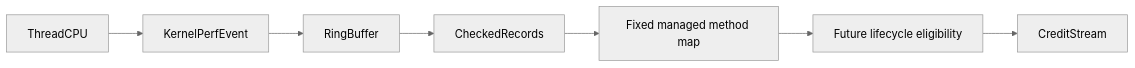
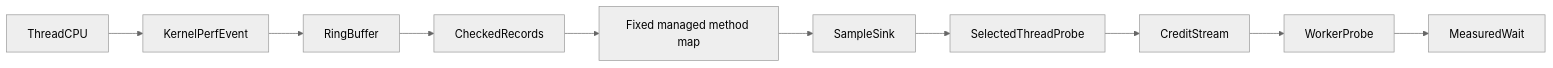
One commit to TheAngryByrd/CozNet changed the diagram in lode/profiling/linux-perf.md. Above: the diagram before and after it, drawn with Mermaid (neutral theme). The commit also changed other lines of this file and 14 other files, not shown here.

````diff
--- a/lode/profiling/linux-perf.md
+++ b/lode/profiling/linux-perf.md
@@ -32,7 +33,7 @@
 ```mermaid
 flowchart LR
     ThreadCPU --> KernelPerfEvent --> RingBuffer --> CheckedRecords
     CheckedRecords --> InstructionMap[Fixed managed method map]
-    InstructionMap --> FutureEligibility[Future lifecycle eligibility]
-    FutureEligibility --> CreditStream
+    InstructionMap --> SampleSink --> SelectedThreadProbe --> CreditStream
+    CreditStream --> WorkerProbe --> MeasuredWait
 ```
````
